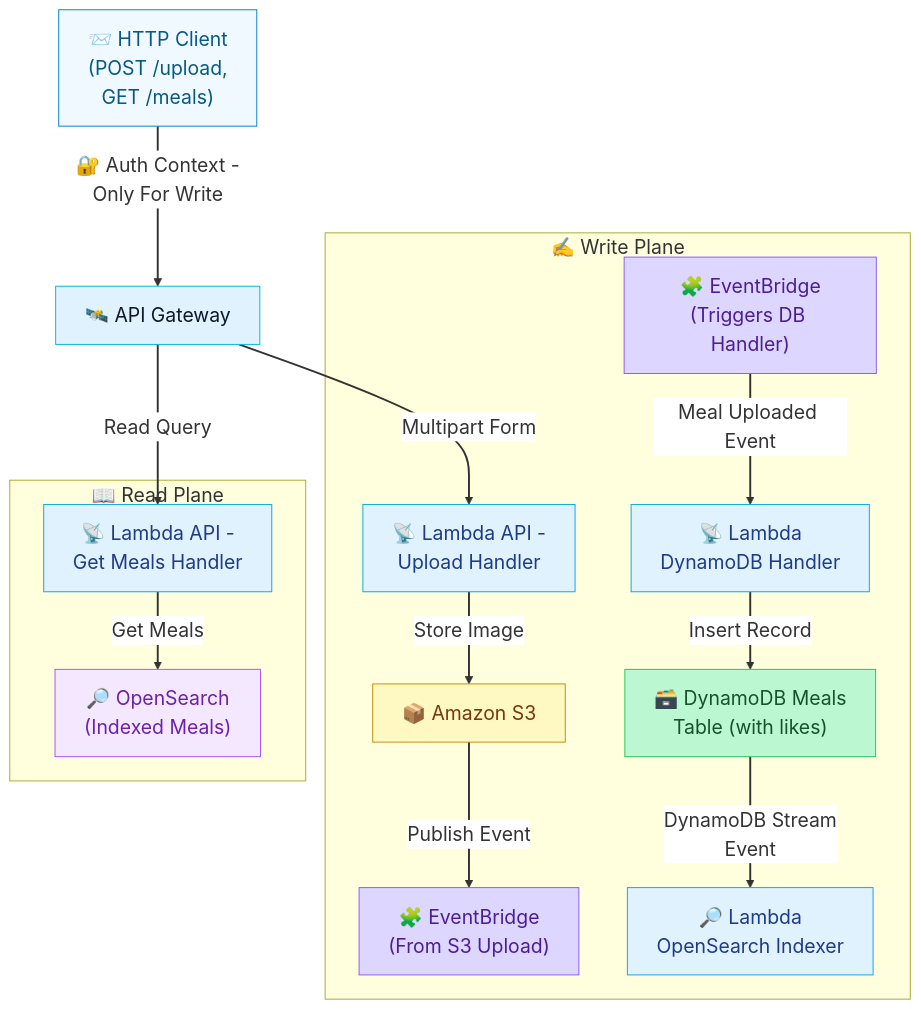
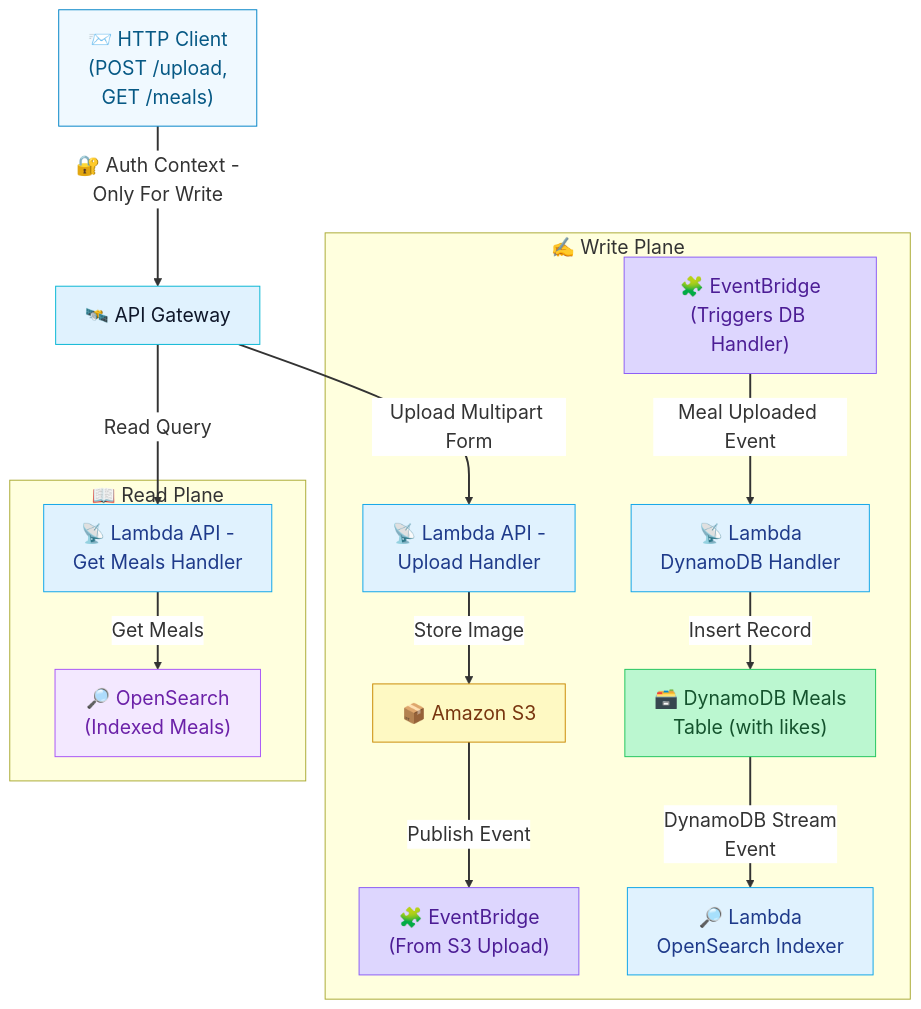
The diagram in services/docs/write_plane.mmd (Venkat-Gorla/smartmeal-serverless), drawn with Mermaid before and after one commit.

Commit message:
[mermaid] trivial change, arrow annotation for clarity

```diff
--- a/services/docs/write_plane.mmd
+++ b/services/docs/write_plane.mmd
@@ -1,46 +1,46 @@
 %%{init: {"theme": "default", "themeVariables": { "fontSize": "20px", "primaryColor": "#E0F2FE", "edgeLabelBackground":"#ffffff"}}}%%
 flowchart TD
 
   A["📨 HTTP Client<br/>(POST /upload,<br/>GET /meals)"]:::client
   Y["🛰️ API Gateway"]:::apigw
 
   %% Write Plane
   subgraph WRITE["✍️ Write Plane"]
     B["📡 Lambda API -<br/>Upload Handler"]:::lambda
     C["📦 Amazon S3"]:::s3
     D["🧩 EventBridge<br/>(From S3 Upload)"]:::event
     E["🧩 EventBridge<br/>(Triggers DB Handler)"]:::event
     F["📡 Lambda<br/>DynamoDB Handler"]:::lambda
     G["🗃️ DynamoDB Meals<br/>Table (with likes)"]:::ddb
     H["🔎 Lambda<br/>OpenSearch Indexer"]:::lambda
   end
 
   %% Read Plane
   subgraph READ["📖 Read Plane"]
     R1["📡 Lambda API -<br/>Get Meals Handler"]:::lambda
     R2["🔎 OpenSearch<br/>(Indexed Meals)"]:::search
   end
 
   %% Client routes
   A -->|🔐 Auth Context -<br/>Only For Write| Y
-  Y -->|Multipart Form| B
+  Y -->|Upload Multipart Form| B
   Y -->|Read Query| R1
   R1 -->|Get Meals| R2
 
   %% Write flow
   B -->|Store Image| C
   C -->|Publish Event| D
   E -->|Meal Uploaded Event| F
   F -->|Insert Record| G
   G -->|DynamoDB Stream<br/>Event| H
 
   %% Class styles
   classDef client fill:#F0F9FF,stroke:#0284C7,color:#075985;
   classDef apigw fill:#E0F2FE,stroke:#06B6D4,color:#0F172A;
   classDef lambda fill:#E0F2FE,stroke:#0EA5E9,color:#1E3A8A;
   classDef s3 fill:#FEF9C3,stroke:#CA8A04,color:#78350F;
   classDef event fill:#DDD6FE,stroke:#8B5CF6,color:#4C1D95;
   classDef ddb fill:#BBF7D0,stroke:#22C55E,color:#14532D;
   classDef search fill:#F3E8FF,stroke:#A855F7,color:#6B21A8;
 
   linkStyle default stroke-width:2px,fill:none;
```
